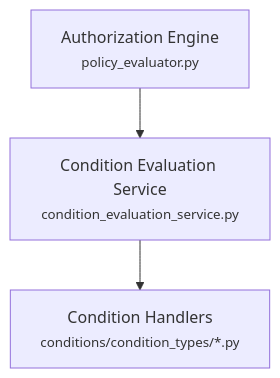
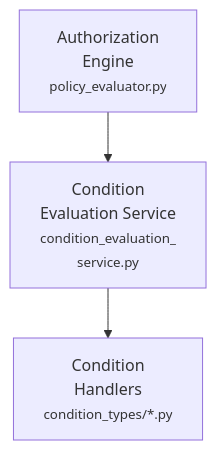
One commit to Nachiket-2024/mystic-auth changed the diagram in docs/mystic_auth/authorization/adding-condition-handlers.md. Above: the diagram before and after it, drawn with Mermaid. The commit also changed 305 other files, not shown here.

````diff
--- a/docs/mystic_auth/authorization/adding-condition-handlers.md
+++ b/docs/mystic_auth/authorization/adding-condition-handlers.md
@@ -5,8 +5,8 @@
 ```mermaid
 flowchart TD
-    Engine["Authorization Engine<br/><small>policy_evaluator.py</small>"]
-    Service["Condition Evaluation Service<br/><small>condition_evaluation_service.py</small>"]
-    Handlers["Condition Handlers<br/><small>conditions/condition_types/*.py</small>"]
+    Engine["Authorization<br/>Engine<br/><small>policy_evaluator.py</small>"]
+    Service["Condition<br/>Evaluation Service<br/><small>condition_evaluation_<br/>service.py</small>"]
+    Handlers["Condition<br/>Handlers<br/><small>condition_types/*.py</small>"]
 
     Engine --> Service --> Handlers
 ```
````
